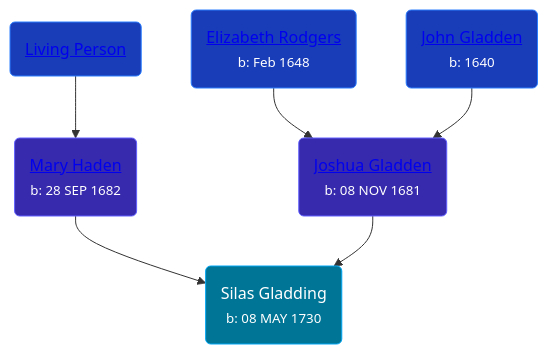
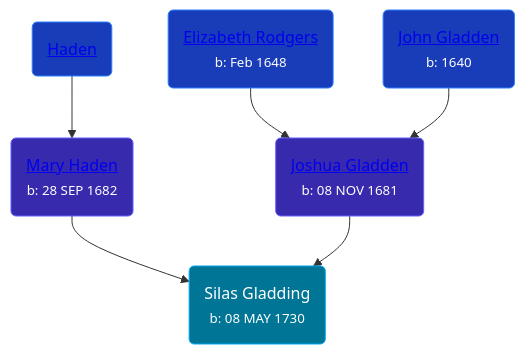
Before and after one commit to wpmgotkh/wpmgotkh.github.io: the diagram in pages/people/5/55129348.md, drawn with Mermaid. The commit also changed 586 other files, not shown here.

Commit message:
feat: better shouldConsiderPersonLiving algo

````diff
--- a/pages/people/5/55129348.md
+++ b/pages/people/5/55129348.md
@@ -11,12 +11,12 @@
 ```mermaid
 graph
 classDef grands fill:#193cb8,stroke:#2b7fff,stroke-width:1px,color:#fff;
 classDef parents fill:#372aac,stroke:#615fff,stroke-width:1px,color:#fff;
 classDef primary fill:#007595,stroke:#00a6f4,stroke-width:1px,color:#fff;
 55129348(Silas Gladding<br /><small>b: 08 MAY 1730</small>):::primary
 19224987(<a class="text-white" href="/people/1/19224987">Mary Haden</a><br /><small>b: 28 SEP 1682</small>):::parents-->55129348
-61582599(<a class="text-white" href="/people/6/61582599">Living Person</a>):::grands-->19224987
+61582599(<a class="text-white" href="/people/6/61582599">Haden</a>):::grands-->19224987
 97378440(<a class="text-white" href="/people/9/97378440">Joshua Gladden</a><br /><small>b: 08 NOV 1681</small>):::parents-->55129348
 38364590(<a class="text-white" href="/people/3/38364590">Elizabeth Rodgers</a><br /><small>b: Feb 1648</small>):::grands-->97378440
 37491986(<a class="text-white" href="/people/3/37491986">John Gladden</a><br /><small>b: 1640</small>):::grands-->97378440
 ```
````
